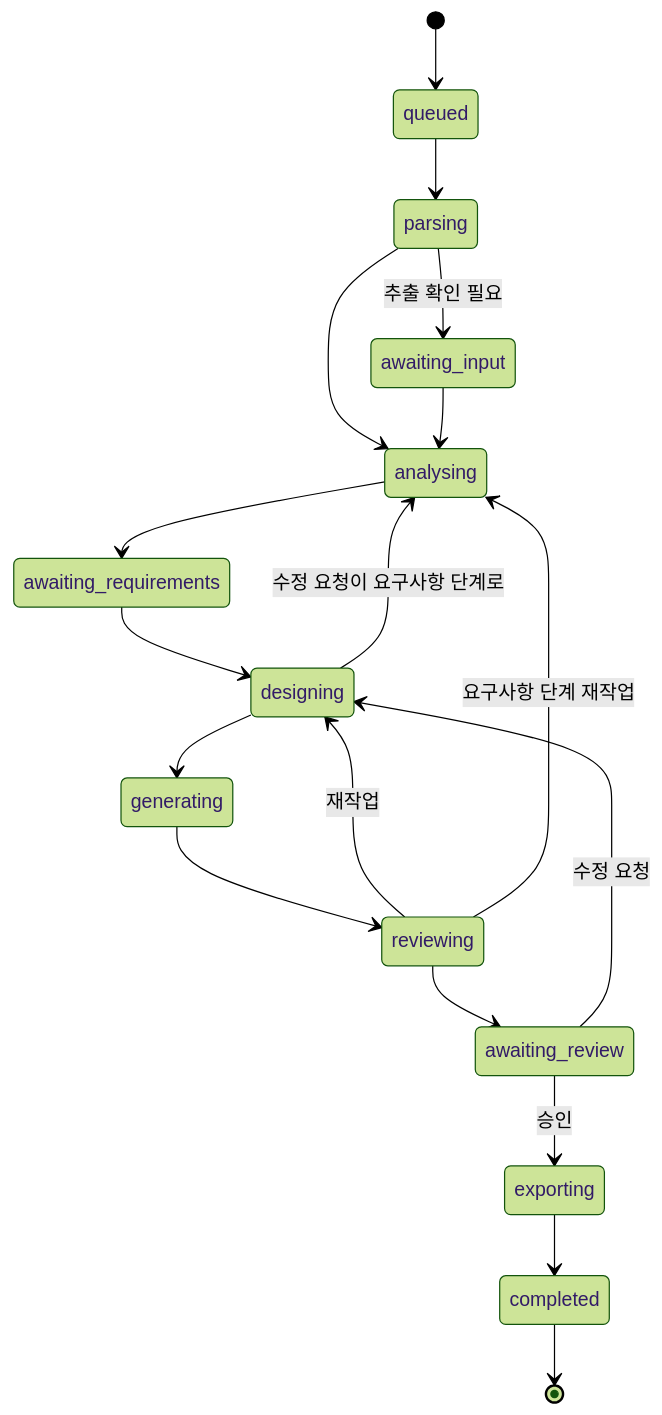
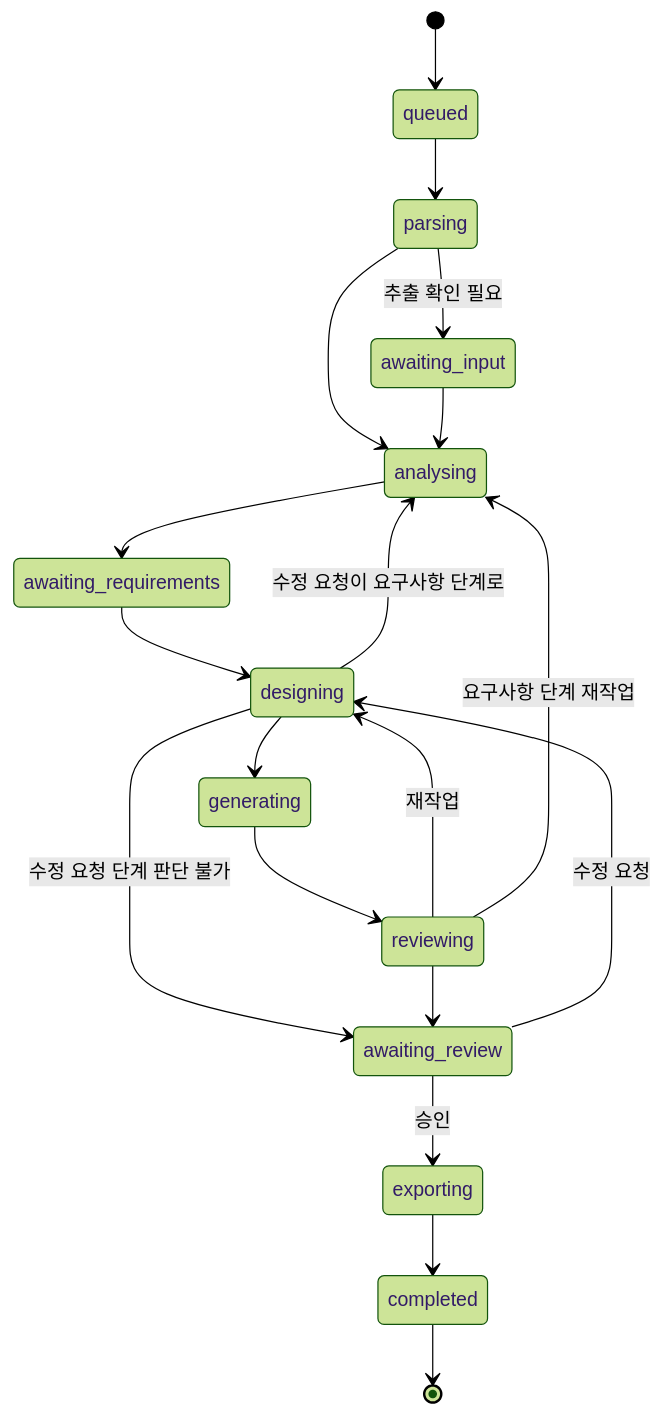
The third of 3 diagrams in docs/03-architecture.md (surplus96/specton), drawn with Mermaid (forest theme) before and after one commit. The commit also changed other lines of this file and 4 other files, not shown here.

````diff
--- a/docs/03-architecture.md
+++ b/docs/03-architecture.md
@@ -105,20 +105,21 @@
 ```mermaid
 stateDiagram-v2
     [*] --> queued
     queued --> parsing
     parsing --> awaiting_input: 추출 확인 필요
     parsing --> analysing
     awaiting_input --> analysing
     analysing --> awaiting_requirements
     awaiting_requirements --> designing
     designing --> generating
     designing --> analysing: 수정 요청이 요구사항 단계로
+    designing --> awaiting_review: 수정 요청 단계 판단 불가
     generating --> reviewing
     reviewing --> designing: 재작업
     reviewing --> analysing: 요구사항 단계 재작업
     reviewing --> awaiting_review
     awaiting_review --> designing: 수정 요청
     awaiting_review --> exporting: 승인
     exporting --> completed
     completed --> [*]
 ```
````
